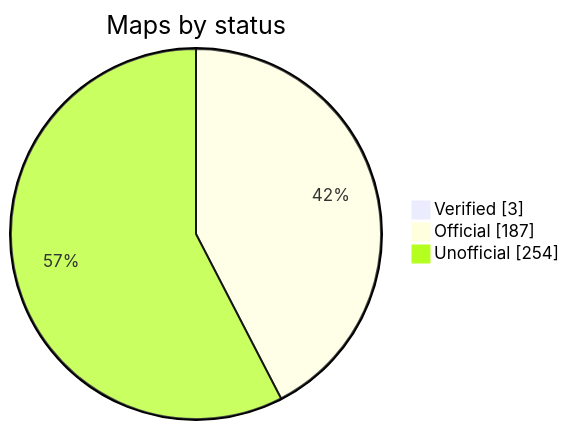
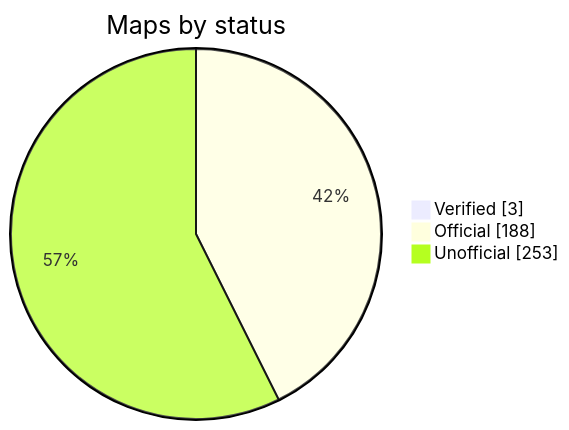
The diagram in README.md (nobrega8/mbmap-library), drawn with Mermaid before and after one commit. The commit also changed 1 other file, not shown here.

Commit message:
Rebuild the index

````diff
--- a/README.md
+++ b/README.md
@@ -48,7 +48,7 @@
 ```mermaid
 pie showData
     title Maps by status
     "Verified" : 3
-    "Official" : 187
-    "Unofficial" : 254
+    "Official" : 188
+    "Unofficial" : 253
 ```
````
